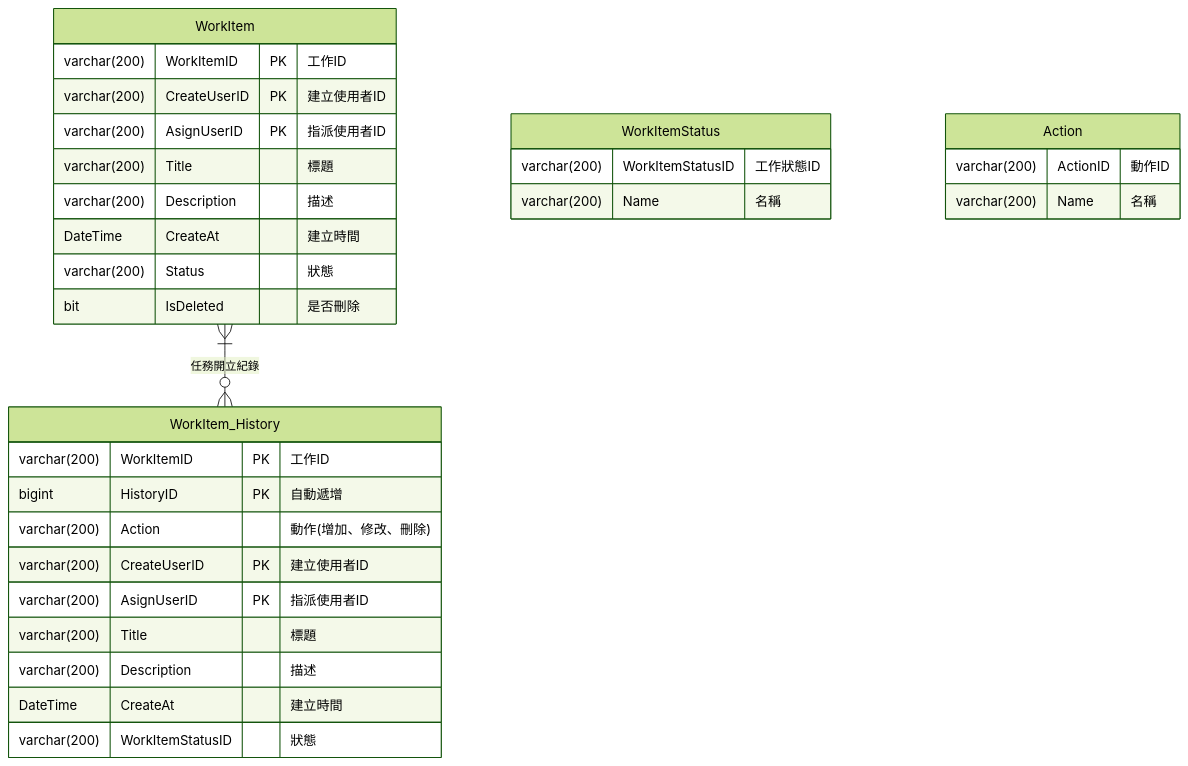
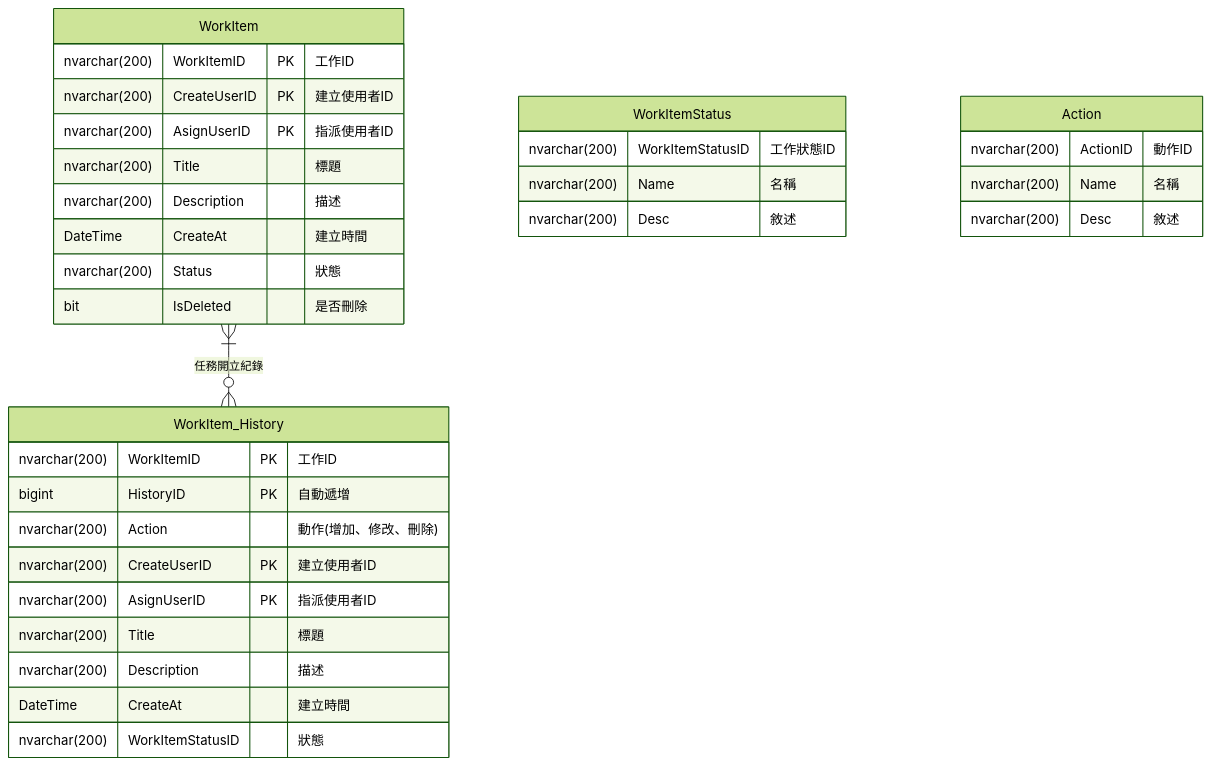
The second of 2 diagrams in Draft/Schema.md (JJDing-Louis/MyWorkItem_Backend), drawn with Mermaid (forest theme) before and after one commit. The commit also changed other lines of this file, not shown here.

Commit message:
Draft Modify

````diff
--- a/Draft/Schema.md
+++ b/Draft/Schema.md
@@ -46,39 +49,41 @@
 ```mermaid
 erDiagram
 WorkItem{
-      varchar(200)  WorkItemID PK   "工作ID"
-      varchar(200)  CreateUserID PK "建立使用者ID"
-      varchar(200)  AsignUserID PK  "指派使用者ID"
-      varchar(200)  Title           "標題"
-      varchar(200)  Description     "描述"
+      nvarchar(200)  WorkItemID PK   "工作ID"
+      nvarchar(200)  CreateUserID PK "建立使用者ID"
+      nvarchar(200)  AsignUserID PK  "指派使用者ID"
+      nvarchar(200)  Title           "標題"
+      nvarchar(200)  Description     "描述"
       DateTime      CreateAt        "建立時間"
-      varchar(200)  Status          "狀態"
+      nvarchar(200)  Status          "狀態"
       bit           IsDeleted       "是否刪除"
 }
 
 WorkItem_History{
-      varchar(200)  WorkItemID PK   "工作ID"
+      nvarchar(200)  WorkItemID PK   "工作ID"
       bigint HistoryID PK           "自動遞增"
-      varchar(200)  Action          "動作(增加、修改、刪除)"
-      varchar(200)  CreateUserID PK "建立使用者ID"
-      varchar(200)  AsignUserID PK  "指派使用者ID"
-      varchar(200)  Title           "標題"
-      varchar(200)  Description     "描述"
+      nvarchar(200)  Action          "動作(增加、修改、刪除)"
+      nvarchar(200)  CreateUserID PK "建立使用者ID"
+      nvarchar(200)  AsignUserID PK  "指派使用者ID"
+      nvarchar(200)  Title           "標題"
+      nvarchar(200)  Description     "描述"
       DateTime      CreateAt        "建立時間"
-      varchar(200)  WorkItemStatusID"狀態"
+      nvarchar(200)  WorkItemStatusID"狀態"
 }
 
 WorkItemStatus{
-    varchar(200)  WorkItemStatusID "工作狀態ID"
-    varchar(200)  Name              "名稱"
+    nvarchar(200)  WorkItemStatusID "工作狀態ID"
+    nvarchar(200)  Name             "名稱"
+    nvarchar(200)  Desc             "敘述"
 }
 
 Action{
-    varchar(200)  ActionID "動作ID"
-    varchar(200)  Name     "名稱"
+    nvarchar(200)  ActionID "動作ID"
+    nvarchar(200)  Name     "名稱"
+    nvarchar(200)  Desc      "敘述"
 }
 
 WorkItem |{--o{ WorkItem_History : 任務開立紀錄
 
 
 ```
````
